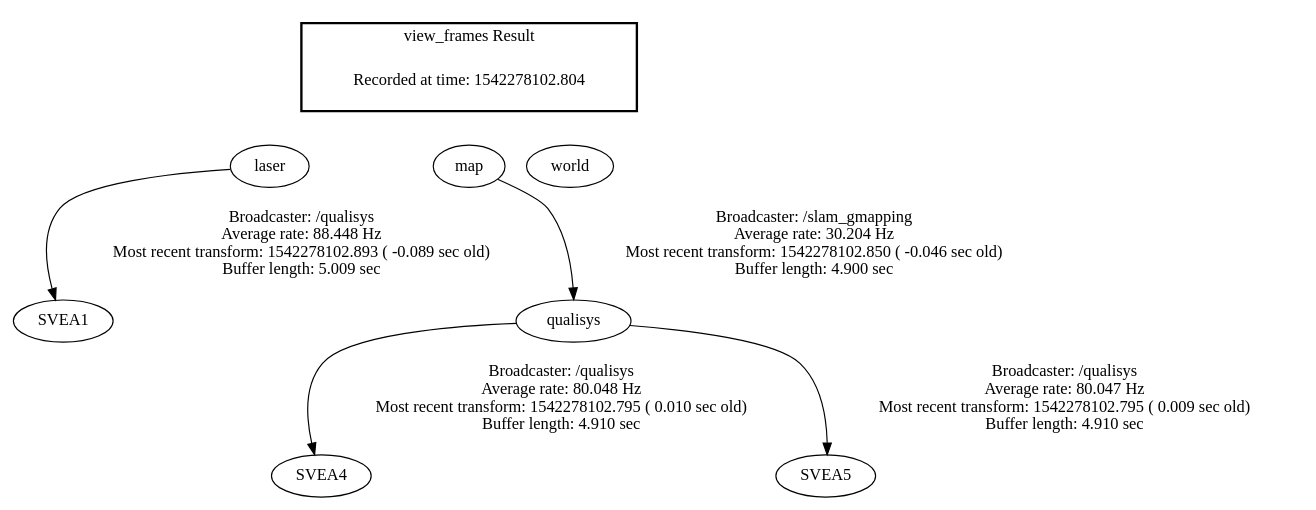
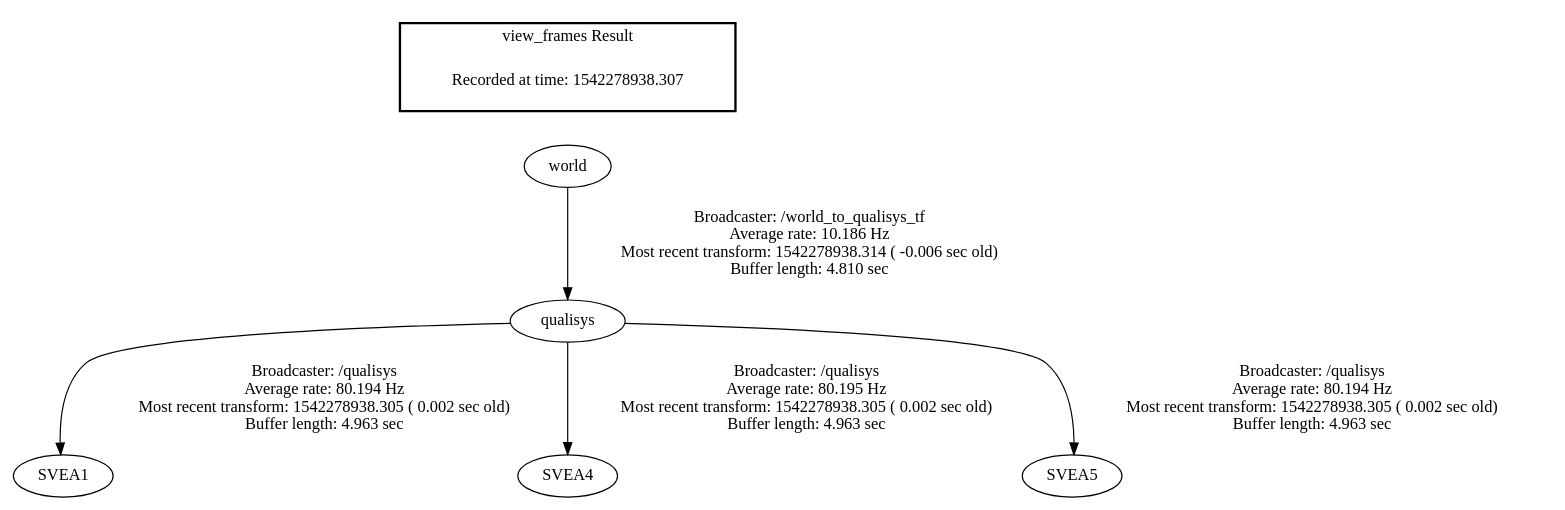
One commit to JiongruiHu/El2425_Automatic_Control_Group1 changed the diagram in frames.gv. Above: the diagram before and after it, drawn with Graphviz. The commit also changed 1 other file, not shown here.

Commit message:
smaller frame view

```diff
--- a/frames.gv
+++ b/frames.gv
@@ -1,18 +1,10 @@
 digraph G {
-"laser" -> "SVEA1"[label="Broadcaster: /qualisys\nAverage rate: 88.448 Hz\nMost recent transform: 1542278102.893 ( -0.089 sec old)\nBuffer length: 5.009 sec\n"];
-"map" -> "qualisys"[label="Broadcaster: /slam_gmapping\nAverage rate: 30.204 Hz\nMost recent transform: 1542278102.850 ( -0.046 sec old)\nBuffer length: 4.900 sec\n"];
-"qualisys" -> "SVEA4"[label="Broadcaster: /qualisys\nAverage rate: 80.048 Hz\nMost recent transform: 1542278102.795 ( 0.010 sec old)\nBuffer length: 4.910 sec\n"];
-"qualisys" -> "SVEA5"[label="Broadcaster: /qualisys\nAverage rate: 80.047 Hz\nMost recent transform: 1542278102.795 ( 0.009 sec old)\nBuffer length: 4.910 sec\n"];
+"qualisys" -> "SVEA1"[label="Broadcaster: /qualisys\nAverage rate: 80.194 Hz\nMost recent transform: 1542278938.305 ( 0.002 sec old)\nBuffer length: 4.963 sec\n"];
+"world" -> "qualisys"[label="Broadcaster: /world_to_qualisys_tf\nAverage rate: 10.186 Hz\nMost recent transform: 1542278938.314 ( -0.006 sec old)\nBuffer length: 4.810 sec\n"];
+"qualisys" -> "SVEA4"[label="Broadcaster: /qualisys\nAverage rate: 80.195 Hz\nMost recent transform: 1542278938.305 ( 0.002 sec old)\nBuffer length: 4.963 sec\n"];
+"qualisys" -> "SVEA5"[label="Broadcaster: /qualisys\nAverage rate: 80.194 Hz\nMost recent transform: 1542278938.305 ( 0.002 sec old)\nBuffer length: 4.963 sec\n"];
 edge [style=invis];
  subgraph cluster_legend { style=bold; color=black; label ="view_frames Result";
-"Recorded at time: 1542278102.804"[ shape=plaintext ] ;
- }->"laser";
-edge [style=invis];
- subgraph cluster_legend { style=bold; color=black; label ="view_frames Result";
-"Recorded at time: 1542278102.804"[ shape=plaintext ] ;
- }->"map";
-edge [style=invis];
- subgraph cluster_legend { style=bold; color=black; label ="view_frames Result";
-"Recorded at time: 1542278102.804"[ shape=plaintext ] ;
+"Recorded at time: 1542278938.307"[ shape=plaintext ] ;
  }->"world";
 }
```
